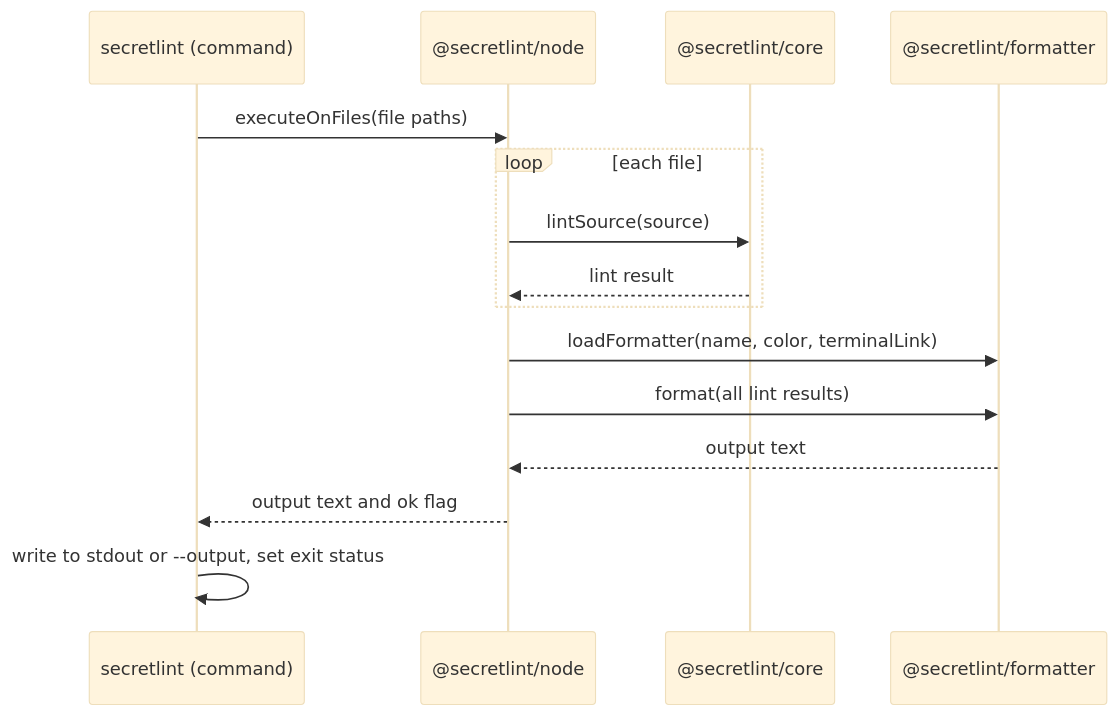
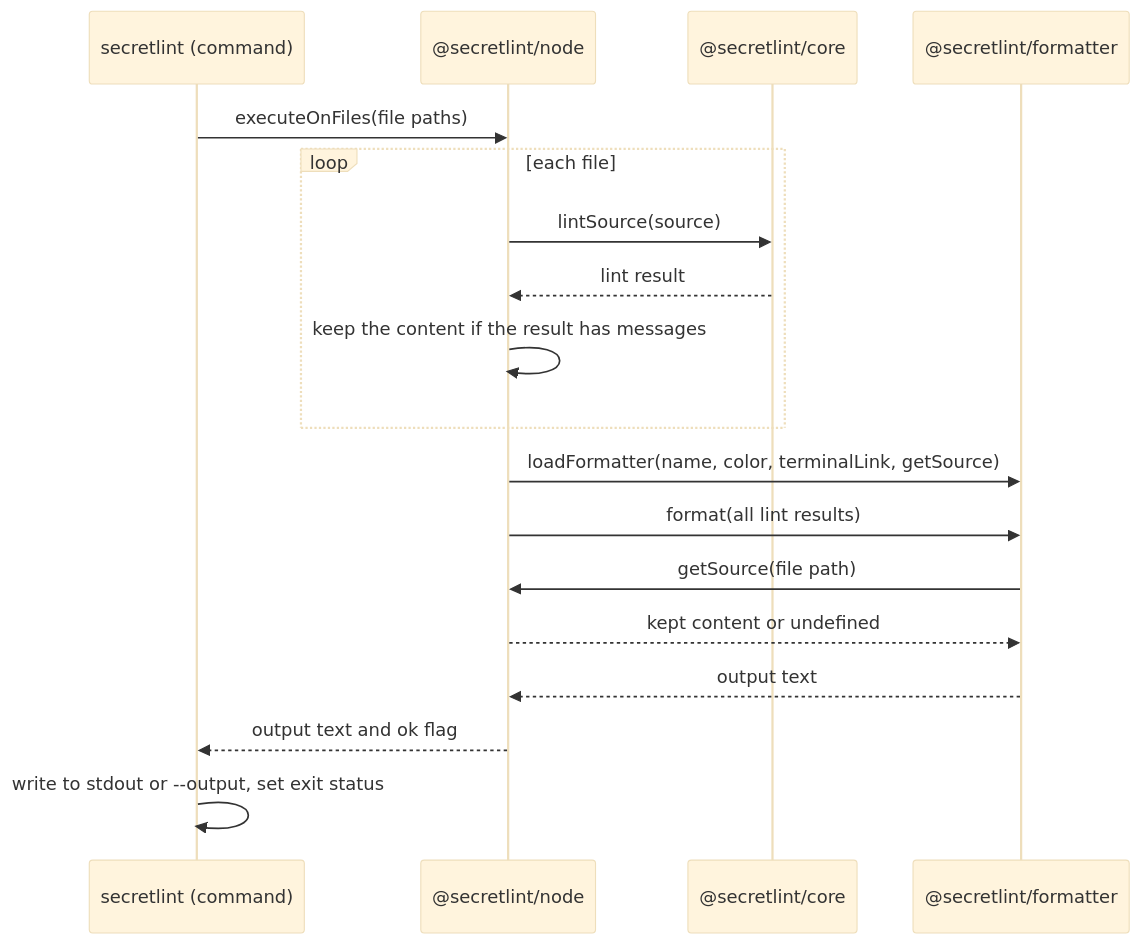
Before and after one commit to secretlint/secretlint: the diagram in docs/products/secretlint/features/result-output/design.ja.md, drawn with Mermaid (base theme). The commit also changed other lines of this file and 8 other files, not shown here.

First line of the commit message:
docs(sdev): describe getSource in Requirements and Design of Result output and File masking

````diff
--- a/docs/products/secretlint/features/result-output/design.ja.md
+++ b/docs/products/secretlint/features/result-output/design.ja.md
@@ -76,17 +89,20 @@
 ```mermaid
 sequenceDiagram
     participant CLI as secretlint (command)
     participant Engine as @secretlint/node
     participant Core as @secretlint/core
     participant Formatter as @secretlint/formatter
     CLI->>Engine: executeOnFiles(file paths)
     loop each file
         Engine->>Core: lintSource(source)
         Core-->>Engine: lint result
+        Engine->>Engine: keep the content if the result has messages
     end
-    Engine->>Formatter: loadFormatter(name, color, terminalLink)
+    Engine->>Formatter: loadFormatter(name, color, terminalLink, getSource)
     Engine->>Formatter: format(all lint results)
+    Formatter->>Engine: getSource(file path)
+    Engine-->>Formatter: kept content or undefined
     Formatter-->>Engine: output text
     Engine-->>CLI: output text and ok flag
     CLI->>CLI: write to stdout or --output, set exit status
 ```
````
